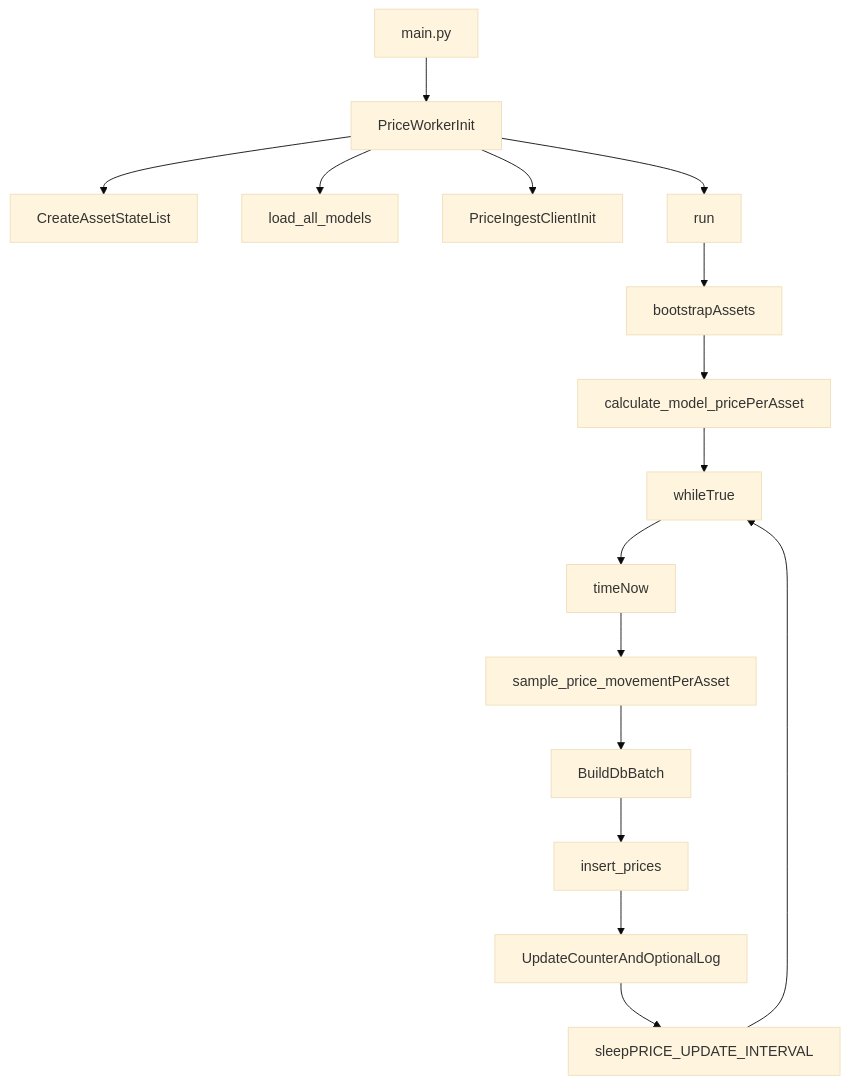
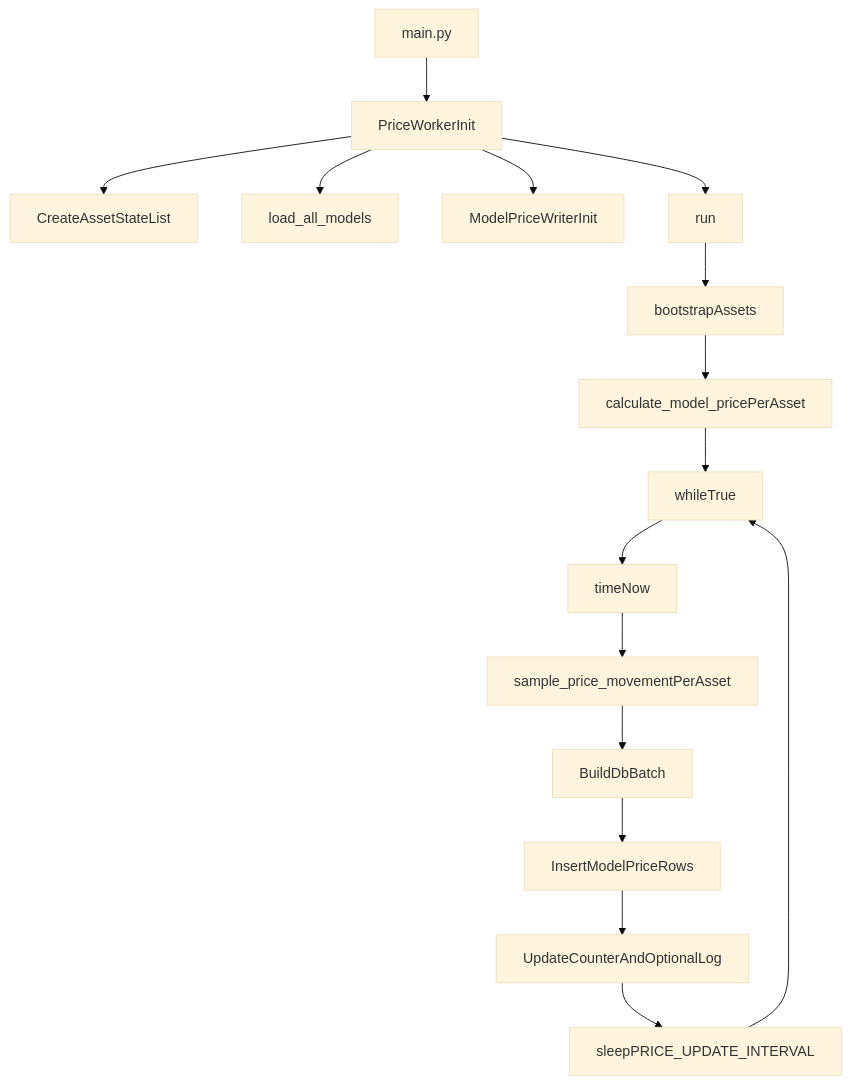
The first of 2 diagrams in backend/backend.md (janbocchino/Bratva), drawn with Mermaid (base theme) before and after one commit. The commit also changed other lines of this file and 26 other files, not shown here.

````diff
--- a/backend/backend.md
+++ b/backend/backend.md
@@ -45,34 +47,34 @@
 ```mermaid
 flowchart TD
     startMain[main.py]
     createWorker[PriceWorkerInit]
     buildAssets[CreateAssetStateList]
     loadModels[load_all_models]
-    initDb[PriceIngestClientInit]
+    initDb[ModelPriceWriterInit]
     runLoopStart[run]
     bootstrapAssets[bootstrapAssets]
     initPrices[calculate_model_pricePerAsset]
     tickLoop[whileTrue]
     tickTimestamp[timeNow]
     movePrice[sample_price_movementPerAsset]
     buildBatch[BuildDbBatch]
-    writeDb[insert_prices]
+    writeDb[InsertModelPriceRows]
     countLog[UpdateCounterAndOptionalLog]
     sleepTick[sleepPRICE_UPDATE_INTERVAL]
 
     startMain --> createWorker
     createWorker --> buildAssets
     createWorker --> loadModels
     createWorker --> initDb
     createWorker --> runLoopStart
     runLoopStart --> bootstrapAssets
     bootstrapAssets --> initPrices
     initPrices --> tickLoop
     tickLoop --> tickTimestamp
     tickTimestamp --> movePrice
     movePrice --> buildBatch
     buildBatch --> writeDb
     writeDb --> countLog
     countLog --> sleepTick
     sleepTick --> tickLoop
 ```
````
